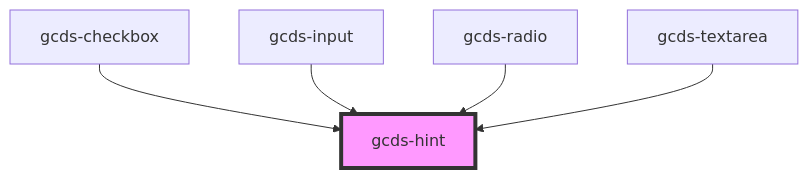
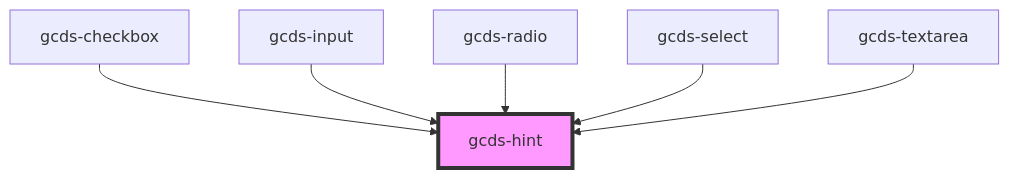
The diagram in src/components/gcds-hint/readme.md (cds-snc/gcds-components), drawn with Mermaid before and after one commit. The commit also changed other lines of this file and 11 other files, not shown here.

Commit message:
add gcds-select component

````diff
--- a/src/components/gcds-hint/readme.md
+++ b/src/components/gcds-hint/readme.md
@@ -26,8 +27,9 @@
 ```mermaid
 graph TD;
   gcds-checkbox --> gcds-hint
   gcds-input --> gcds-hint
   gcds-radio --> gcds-hint
+  gcds-select --> gcds-hint
   gcds-textarea --> gcds-hint
   style gcds-hint fill:#f9f,stroke:#333,stroke-width:4px
 ```
````
